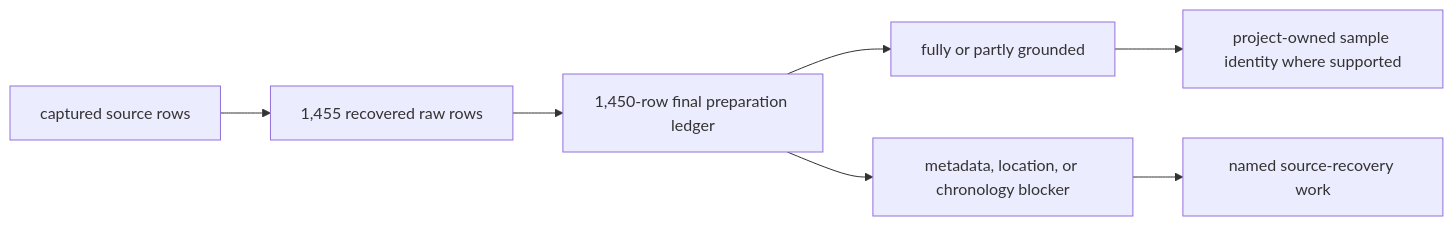
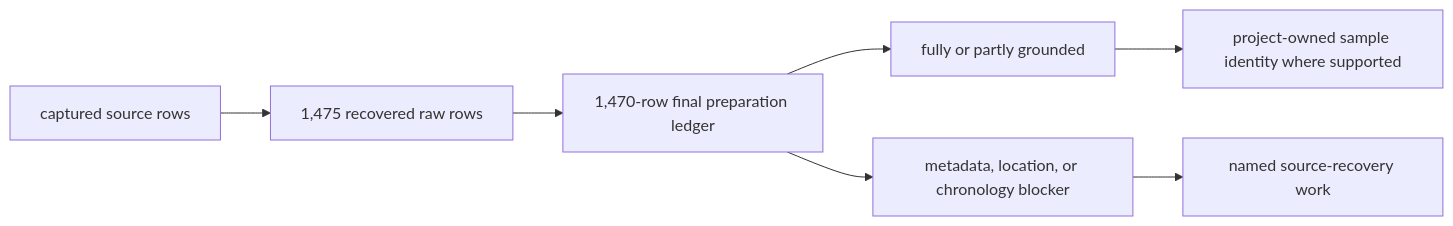
One commit to bijux/bijux-pollenomics changed the second of 7 diagrams in docs/public/pollenomics-data/sources/animal-source-intake.md. Above: the diagram before and after it, drawn with Mermaid. The commit also changed other lines of this file and 15 other files, not shown here.

````diff
--- a/docs/public/pollenomics-data/sources/animal-source-intake.md
+++ b/docs/public/pollenomics-data/sources/animal-source-intake.md
@@ -85,9 +85,9 @@
 ```mermaid
 flowchart LR
-    SourceRows["captured source rows"] --> Raw["1,455 recovered raw rows"]
-    Raw --> Foundation["1,450-row final preparation ledger"]
+    SourceRows["captured source rows"] --> Raw["1,475 recovered raw rows"]
+    Raw --> Foundation["1,470-row final preparation ledger"]
     Foundation --> Grounded["fully or partly grounded"]
     Foundation --> Blocked["metadata, location, or chronology blocker"]
     Grounded --> Identity["project-owned sample identity where supported"]
     Blocked --> Recovery["named source-recovery work"]
 ```
````
